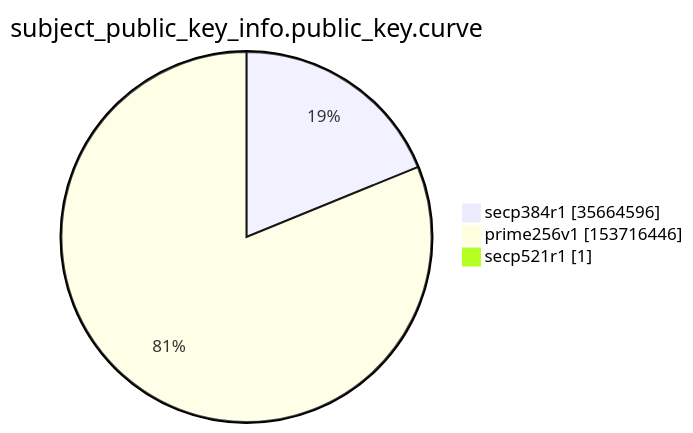
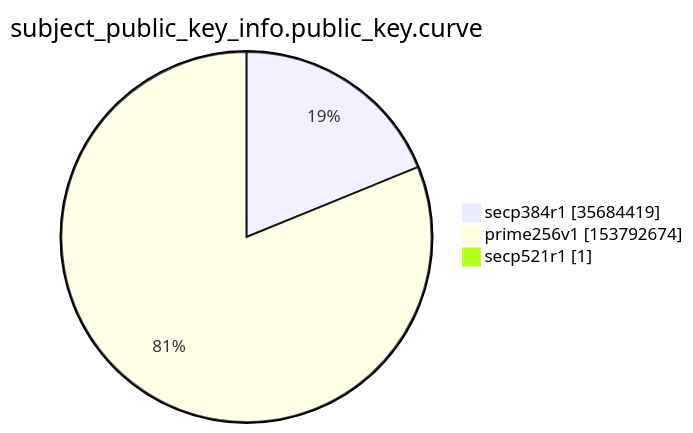
Before and after one commit to christiankrug/ctmonitor_visualization: the ninth of 15 diagrams in argon2022/README.md, drawn with Mermaid. The commit also changed other lines of this file, not shown here.

````diff
--- a/argon2022/README.md
+++ b/argon2022/README.md
@@ -2765,7 +2765,7 @@
 ```mermaid
 pie showData
 title subject_public_key_info.public_key.curve
-"secp384r1" :35664596
-"prime256v1" :153716446
+"secp384r1" :35684419
+"prime256v1" :153792674
 "secp521r1" :1
 ```
````
